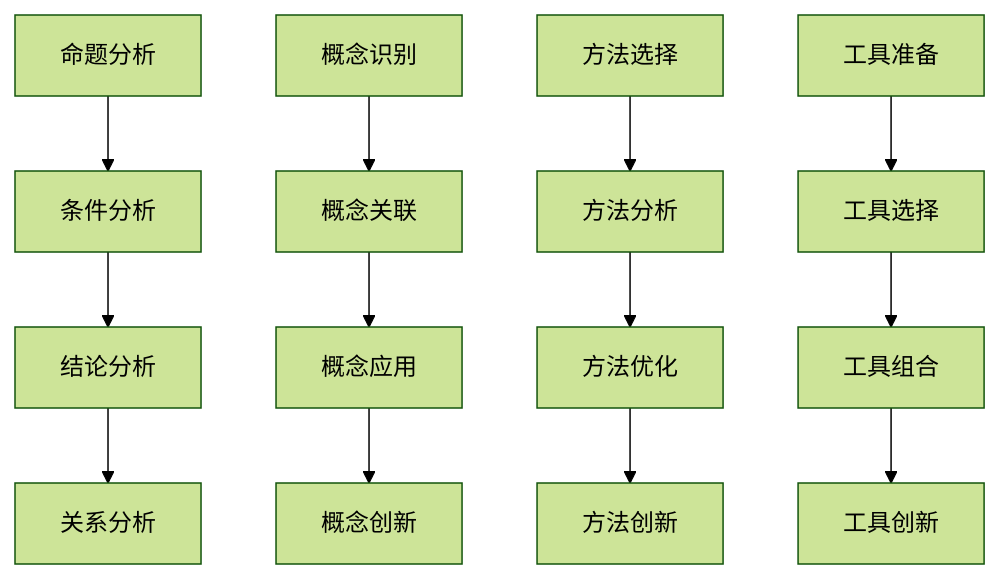
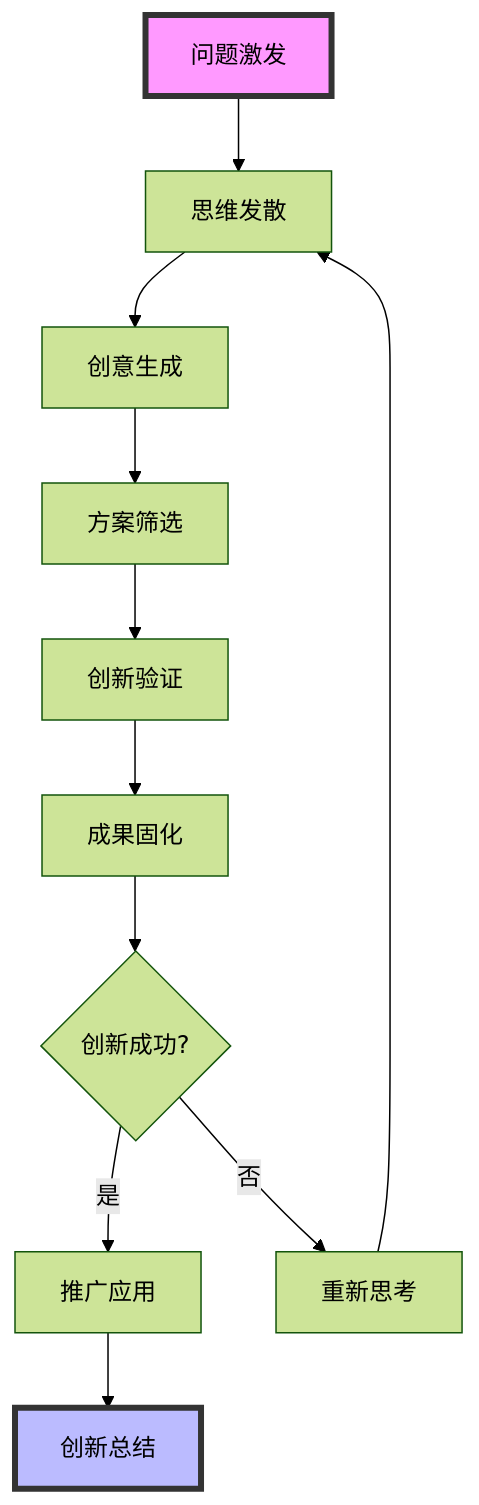
Before and after one commit to AdaMartin18010/SeniorMath: the sixth of 10 diagrams in mindmaps/flow-charts/数学思维流程图.md, drawn with Mermaid (forest theme). The commit also changed other lines of this file and 36 other files, not shown here.

````diff
--- a/mindmaps/flow-charts/数学思维流程图.md
+++ b/mindmaps/flow-charts/数学思维流程图.md
@@ -231,18 +205,18 @@
 ```mermaid
 graph TD
-    A[命题分析] --> B[条件分析]
-    B --> C[结论分析]
-    C --> D[关系分析]
+    A[问题激发] --> B[思维发散]
+    B --> C[创意生成]
+    C --> D[方案筛选]
+    D --> E[创新验证]
+    E --> F[成果固化]
     
-    E[概念识别] --> F[概念关联]
-    F --> G[概念应用]
-    G --> H[概念创新]
+    F --> G{创新成功?}
+    G -->|是| H[推广应用]
+    G -->|否| I[重新思考]
     
-    I[方法选择] --> J[方法分析]
-    J --> K[方法优化]
-    K --> L[方法创新]
+    I --> B
+    H --> J[创新总结]
     
-    M[工具准备] --> N[工具选择]
-    N --> O[工具组合]
-    O --> P[工具创新]
+    style A fill:#f9f,stroke:#333,stroke-width:4px
+    style J fill:#bbf,stroke:#333,stroke-width:4px
 ```
````
